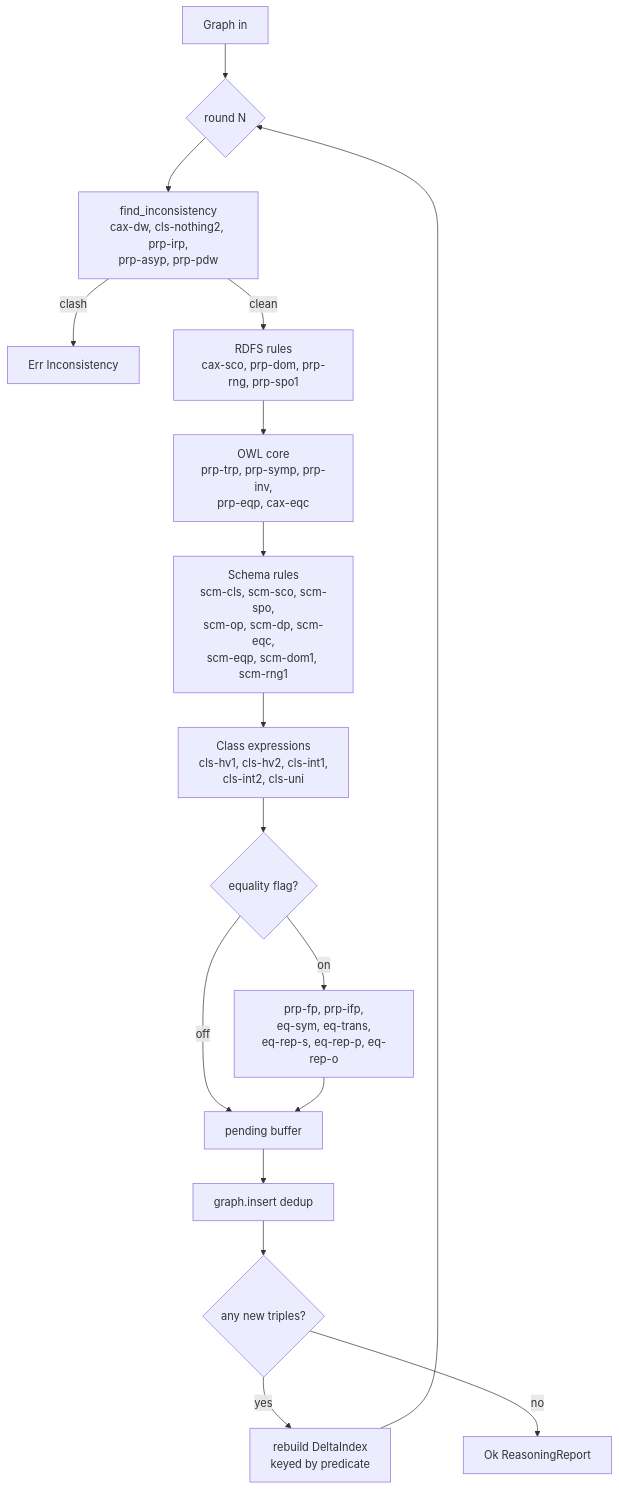
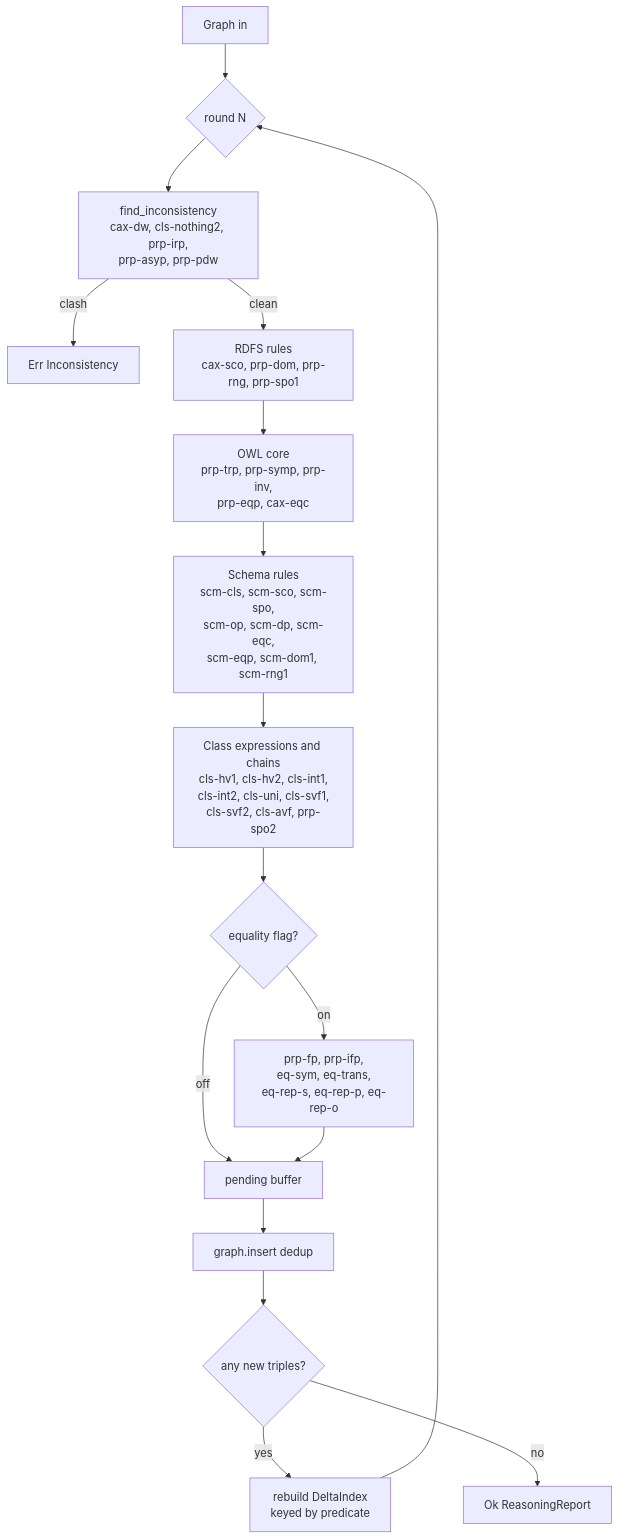
One commit to oxigraph/oxigraph changed the diagram in lib/oxreason/README.md. Above: the diagram before and after it, drawn with Mermaid. The commit also changed other lines of this file and 5 other files, not shown here.

Commit message:
oxigraph/oxigraph#130 implemented cls-svf1, cls-svf2, cls-avf, prp-spo2; documentation

````diff
--- a/lib/oxreason/README.md
+++ b/lib/oxreason/README.md
@@ -80,19 +165,19 @@
 ```mermaid
 flowchart TD
     A[Graph in] --> B{round N}
     B --> C[find_inconsistency<br/>cax-dw, cls-nothing2, prp-irp,<br/>prp-asyp, prp-pdw]
     C -->|clash| X[Err Inconsistency]
     C -->|clean| D[RDFS rules<br/>cax-sco, prp-dom, prp-rng, prp-spo1]
     D --> E[OWL core<br/>prp-trp, prp-symp, prp-inv,<br/>prp-eqp, cax-eqc]
     E --> F[Schema rules<br/>scm-cls, scm-sco, scm-spo,<br/>scm-op, scm-dp, scm-eqc,<br/>scm-eqp, scm-dom1, scm-rng1]
-    F --> G[Class expressions<br/>cls-hv1, cls-hv2, cls-int1,<br/>cls-int2, cls-uni]
+    F --> G[Class expressions and chains<br/>cls-hv1, cls-hv2, cls-int1,<br/>cls-int2, cls-uni, cls-svf1,<br/>cls-svf2, cls-avf, prp-spo2]
     G --> H{equality flag?}
     H -->|on| I[prp-fp, prp-ifp,<br/>eq-sym, eq-trans,<br/>eq-rep-s, eq-rep-p, eq-rep-o]
     H -->|off| J[pending buffer]
     I --> J
     J --> K[graph.insert dedup]
     K --> L{any new triples?}
     L -->|yes| M[rebuild DeltaIndex<br/>keyed by predicate]
     M --> B
     L -->|no| Z[Ok ReasoningReport]
 ```
````
